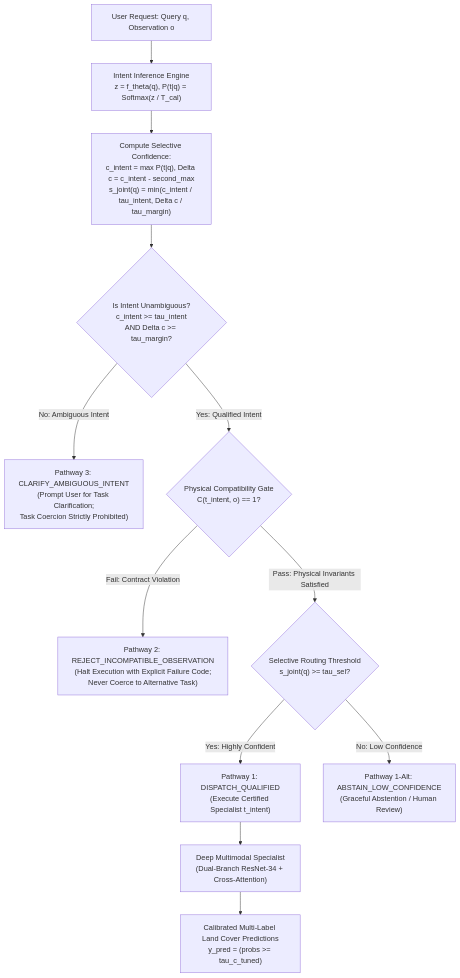
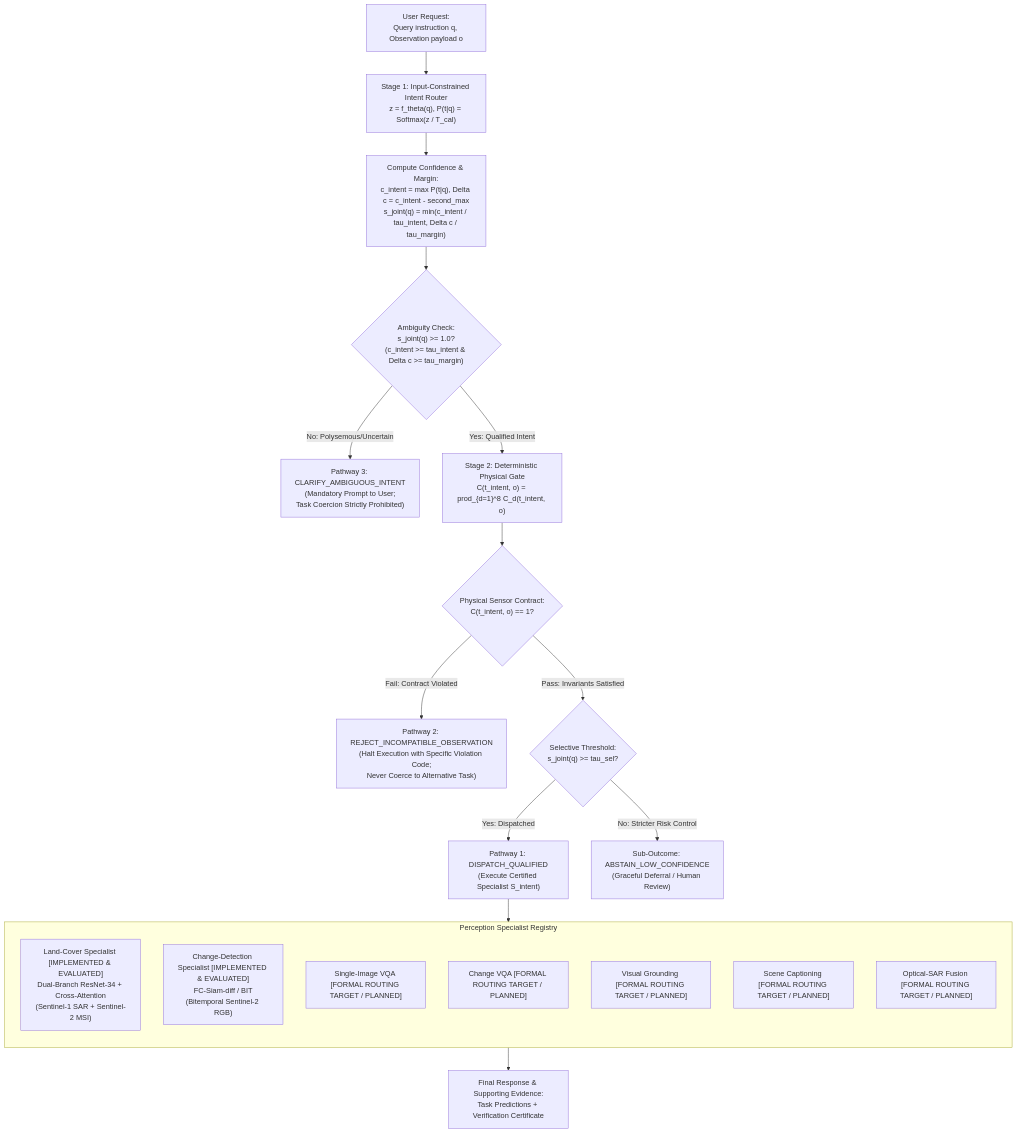
The diagram in METHODOLOGY.md (navaneeth2205/SatQueryAI), drawn with Mermaid before and after one commit. The commit also changed other lines of this file and 20 other files, not shown here.

Commit message:
feat(m33): complete Advanced Selective Routing & Risk-Coverage Optimization benchmark and audit

````diff
--- a/METHODOLOGY.md
+++ b/METHODOLOGY.md
@@ -18,22 +140,35 @@
 ```mermaid
 flowchart TD
-    UserReq["User Request: Query q, Observation o"] --> IntentModule["Intent Inference Engine\nz = f_theta(q), P(t|q) = Softmax(z / T_cal)"]
+    UserReq["User Request:\nQuery instruction q, Observation payload o"] --> Stage1["Stage 1: Input-Constrained Intent Router\nz = f_theta(q), P(t|q) = Softmax(z / T_cal)"]
     
-    IntentModule --> ScoreComp["Compute Selective Confidence:\nc_intent = max P(t|q), Delta c = c_intent - second_max\ns_joint(q) = min(c_intent / tau_intent, Delta c / tau_margin)"]
+    Stage1 --> MarginCalc["Compute Confidence & Margin:\nc_intent = max P(t|q), Delta c = c_intent - second_max\ns_joint(q) = min(c_intent / tau_intent, Delta c / tau_margin)"]
     
-    ScoreComp --> AmbiguityCheck{"Is Intent Unambiguous?\nc_intent >= tau_intent\nAND Delta c >= tau_margin?"}
+    MarginCalc --> AmbiguityTest{"Ambiguity Check:\ns_joint(q) >= 1.0?\n(c_intent >= tau_intent & Delta c >= tau_margin)"}
     
-    AmbiguityCheck -->|No: Ambiguous Intent| Pathway3["Pathway 3: CLARIFY_AMBIGUOUS_INTENT\n(Prompt User for Task Clarification;\nTask Coercion Strictly Prohibited)"]
+    AmbiguityTest -->|No: Polysemous/Uncertain| Pathway3["Pathway 3: CLARIFY_AMBIGUOUS_INTENT\n(Mandatory Prompt to User;\nTask Coercion Strictly Prohibited)"]
     
-    AmbiguityCheck -->|Yes: Qualified Intent| PhysGate{"Physical Compatibility Gate\nC(t_intent, o) == 1?"}
+    AmbiguityTest -->|Yes: Qualified Intent| Stage2["Stage 2: Deterministic Physical Gate\nC(t_intent, o) = prod_{d=1}^8 C_d(t_intent, o)"]
     
-    PhysGate -->|Fail: Contract Violation| Pathway2["Pathway 2: REJECT_INCOMPATIBLE_OBSERVATION\n(Halt Execution with Explicit Failure Code;\nNever Coerce to Alternative Task)"]
+    Stage2 --> GateTest{"Physical Sensor Contract:\nC(t_intent, o) == 1?"}
     
-    PhysGate -->|Pass: Physical Invariants Satisfied| SelThresh{"Selective Routing Threshold\ns_joint(q) >= tau_sel?"}
+    GateTest -->|Fail: Contract Violated| Pathway2["Pathway 2: REJECT_INCOMPATIBLE_OBSERVATION\n(Halt Execution with Specific Violation Code;\nNever Coerce to Alternative Task)"]
     
-    SelThresh -->|Yes: Highly Confident| Pathway1A["Pathway 1: DISPATCH_QUALIFIED\n(Execute Certified Specialist t_intent)"]
-    SelThresh -->|No: Low Confidence| Pathway1B["Pathway 1-Alt: ABSTAIN_LOW_CONFIDENCE\n(Graceful Abstention / Human Review)"]
+    GateTest -->|Pass: Invariants Satisfied| SelTest{"Selective Threshold:\ns_joint(q) >= tau_sel?"}
     
-    Pathway1A --> SpecialistExec["Deep Multimodal Specialist\n(Dual-Branch ResNet-34 + Cross-Attention)"]
-    SpecialistExec --> CalibratedOutput["Calibrated Multi-Label Land Cover Predictions\ny_pred = (probs >= tau_c_tuned)"]
+    SelTest -->|Yes: Dispatched| Pathway1A["Pathway 1: DISPATCH_QUALIFIED\n(Execute Certified Specialist S_intent)"]
+    SelTest -->|No: Stricter Risk Control| Pathway1B["Sub-Outcome: ABSTAIN_LOW_CONFIDENCE\n(Graceful Deferral / Human Review)"]
+    
+    subgraph SpecialistsRegistry["Perception Specialist Registry"]
+        direction TB
+        S1["Land-Cover Specialist [IMPLEMENTED & EVALUATED]\nDual-Branch ResNet-34 + Cross-Attention\n(Sentinel-1 SAR + Sentinel-2 MSI)"]
+        S2["Change-Detection Specialist [IMPLEMENTED & EVALUATED]\nFC-Siam-diff / BIT\n(Bitemporal Sentinel-2 RGB)"]
+        S3["Single-Image VQA [FORMAL ROUTING TARGET / PLANNED]"]
+        S4["Change VQA [FORMAL ROUTING TARGET / PLANNED]"]
+        S5["Visual Grounding [FORMAL ROUTING TARGET / PLANNED]"]
+        S6["Scene Captioning [FORMAL ROUTING TARGET / PLANNED]"]
+        S7["Optical-SAR Fusion [FORMAL ROUTING TARGET / PLANNED]"]
+    end
+    
+    Pathway1A --> SpecialistsRegistry
+    SpecialistsRegistry --> FinalOutput["Final Response & Supporting Evidence:\nTask Predictions + Verification Certificate"]
 ```
````
